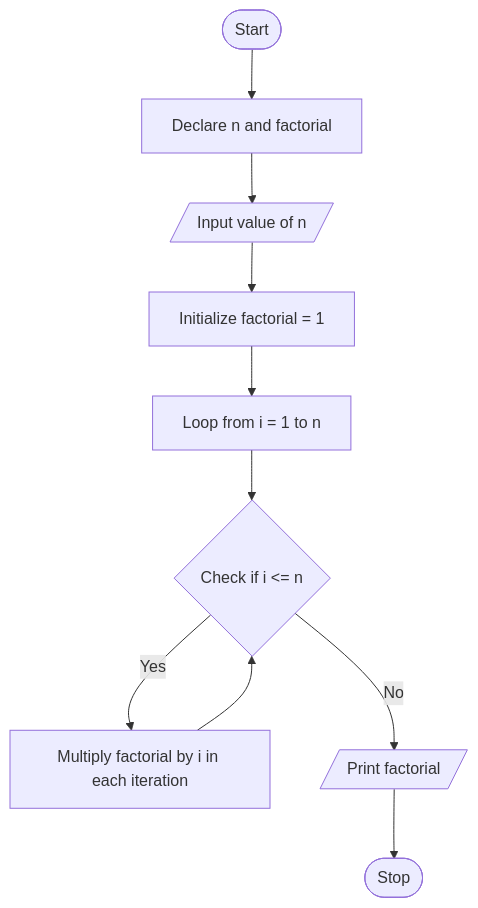
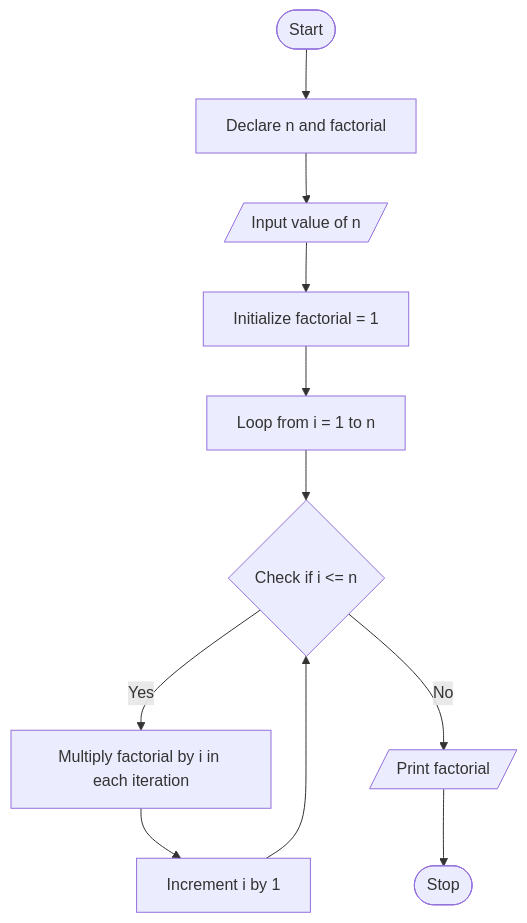
The first of 2 diagrams in PR/P8 - Recursion.md (Vinit-source/Programming-for-problem-solving), drawn with Mermaid before and after one commit. The commit also changed other lines of this file, not shown here.

Commit message:
PR/P8 - Recursion.md updated from https://stackedit.io/

````diff
--- a/PR/P8 - Recursion.md
+++ b/PR/P8 - Recursion.md
@@ -19,15 +19,16 @@
 ```mermaid
     graph TD;
     A([Start]) --> B[Declare n and factorial];
     B --> C[/Input value of n/];
     C --> D[Initialize factorial = 1];
     D --> E[Loop from i = 1 to n];
     E --> G{Check if i <= n};
     F[Multiply factorial by i in each iteration];
     G -- Yes --> F;
-    F --> G
+    F --> FB[Increment i by 1];
+    FB --> G
     G -- No --> H[/Print factorial/];
     H --> I([Stop]);
 
   
 ```
````
